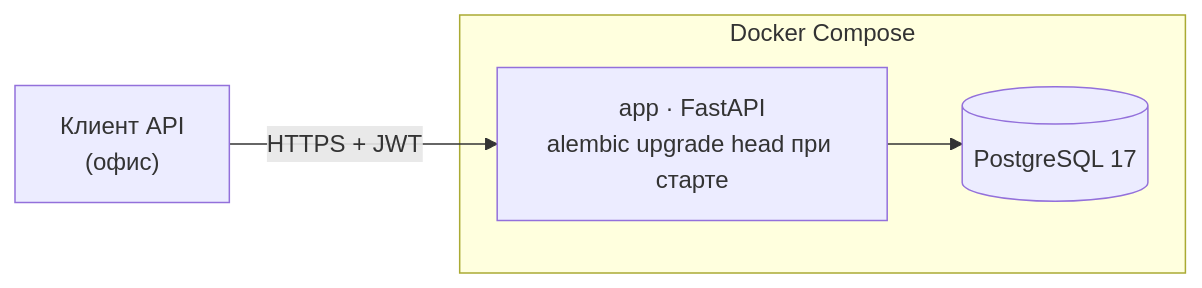
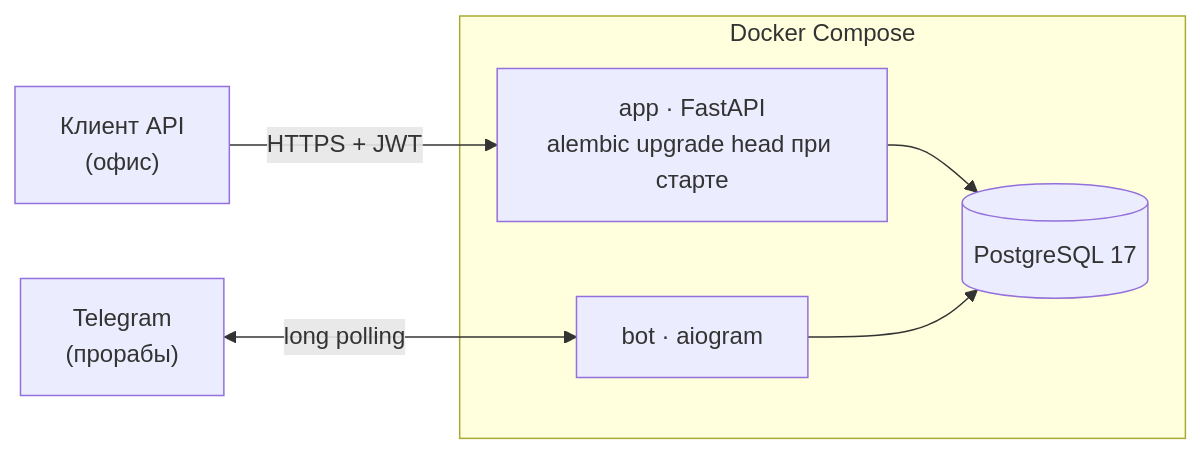
One commit to sa1vador77/stroy-track changed the first of 2 diagrams in README.md. Above: the diagram before and after it, drawn with Mermaid. The commit also changed other lines of this file and 15 other files, not shown here.

````diff
--- a/README.md
+++ b/README.md
@@ -34,8 +34,10 @@
 ```mermaid
 flowchart LR
     client["Клиент API<br/>(офис)"] -- "HTTPS + JWT" --> app
+    tg["Telegram<br/>(прорабы)"] <-- "long polling" --> bot
 
     subgraph compose["Docker Compose"]
         app["app · FastAPI<br/>alembic upgrade head при старте"] --> pg[("PostgreSQL 17")]
+        bot["bot · aiogram"] --> pg
     end
 ```
````
